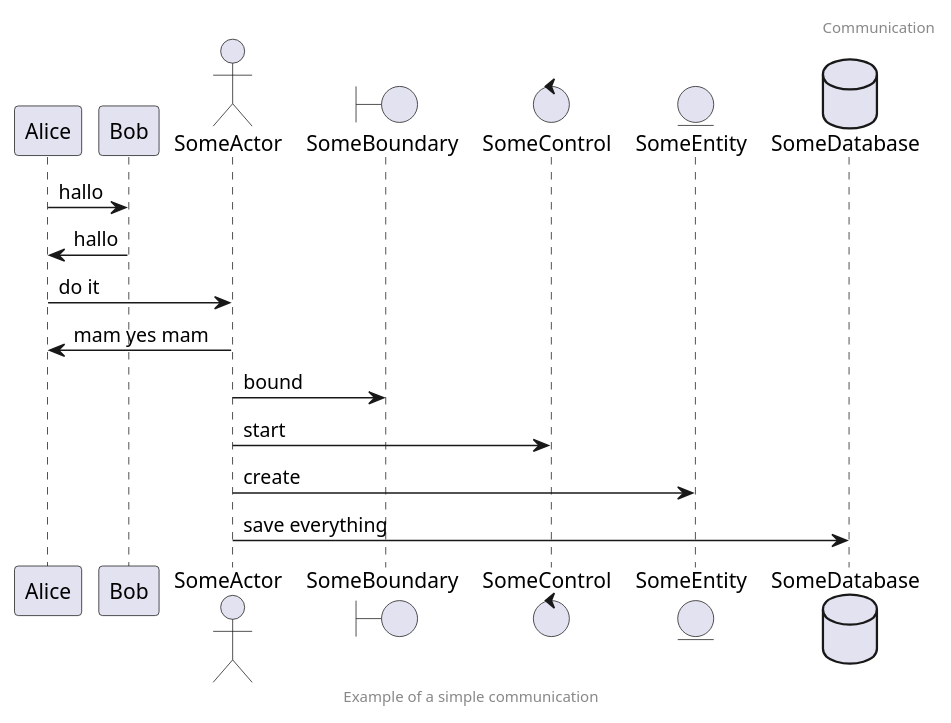
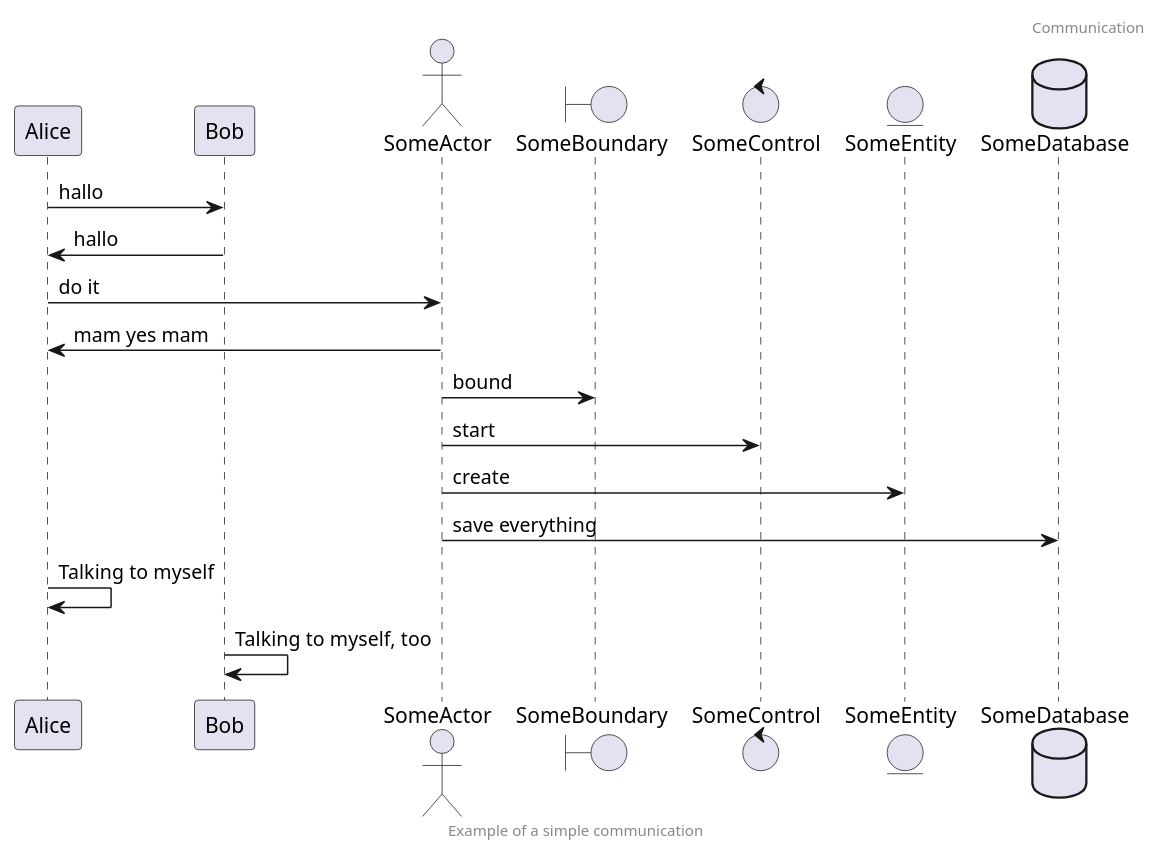
One commit to aelfimow/plantuml-tut changed the diagram in sequence-diag/a.plantuml. Above: the diagram before and after it, drawn with PlantUML.

Commit message:
Sequence Chart: messages to self

```diff
--- a/sequence-diag/a.plantuml
+++ b/sequence-diag/a.plantuml
@@ -1,30 +1,33 @@
 @startuml
 
 header
 Communication
 endheader
 
 participant Alice
 participant Bob
 
 actor    SomeActor
 
 boundary SomeBoundary
 control  SomeControl
 entity   SomeEntity
 database SomeDatabase
 
 Alice -> Bob: hallo
 Bob -> Alice: hallo
 
 Alice -> SomeActor: do it
 SomeActor -> Alice: mam yes mam
 
 SomeActor -> SomeBoundary: bound
 SomeActor -> SomeControl: start
 SomeActor -> SomeEntity: create
 SomeActor -> SomeDatabase: save everything
 
+Alice -> Alice: Talking to myself
+Bob -> Bob: Talking to myself, too
+
 footer Example of a simple communication
 
 @enduml
```
